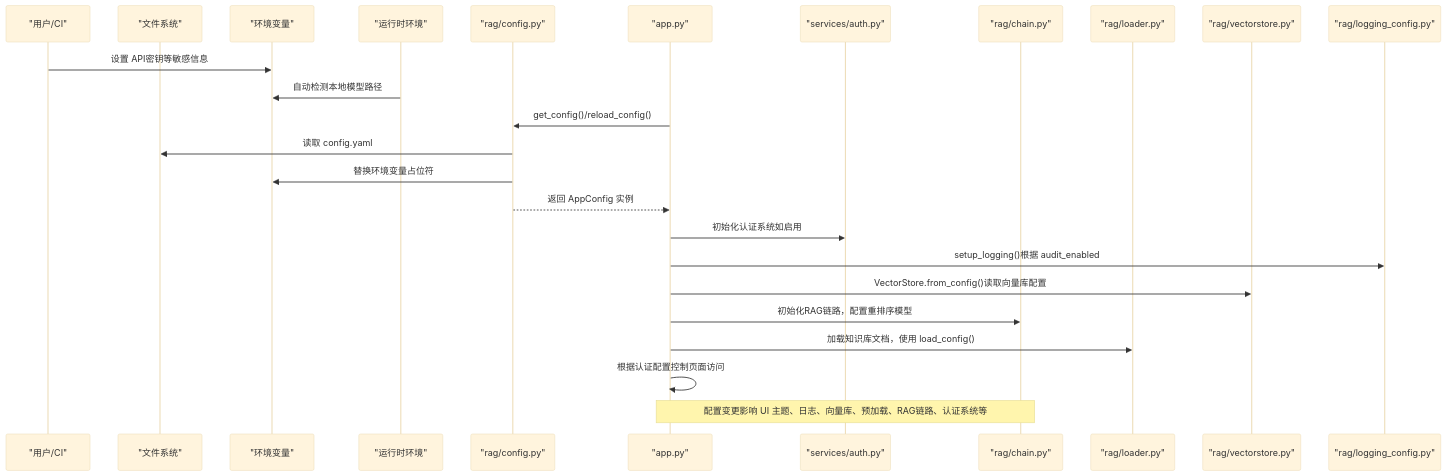
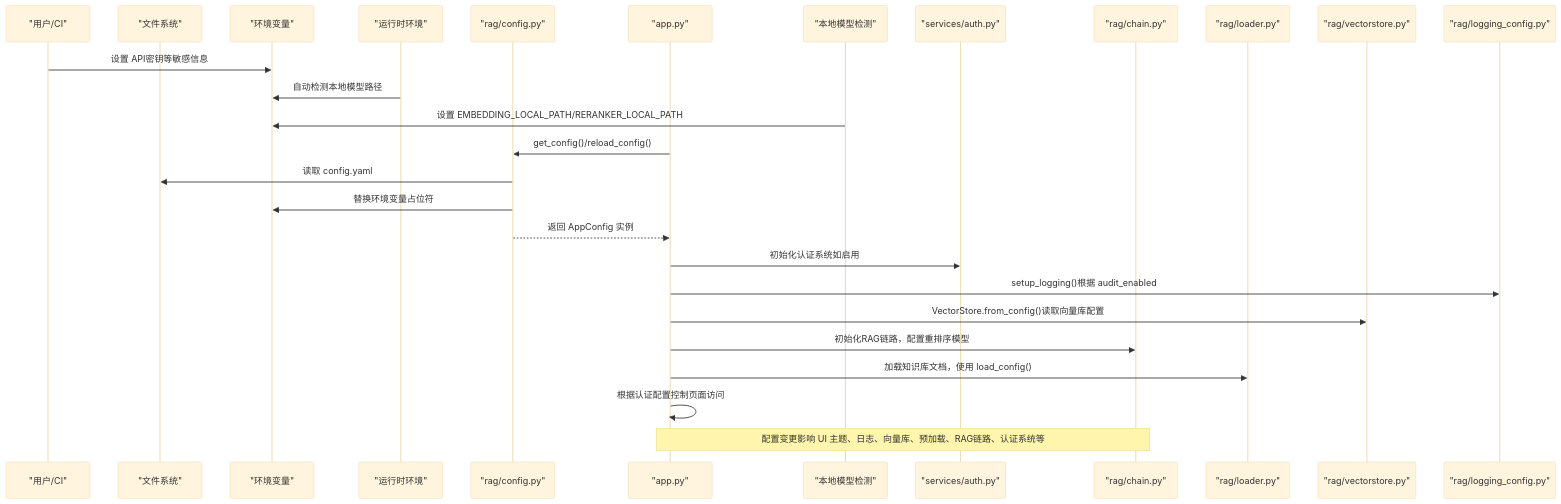
Before and after one commit to joyafa/knowledge: the second of 8 diagrams in .qoder/repowiki/zh/content/RAG核心引擎/配置管理系统.md, drawn with Mermaid (base theme). The commit also changed other lines of this file and 18 other files, not shown here.

````diff
--- a/.qoder/repowiki/zh/content/RAG核心引擎/配置管理系统.md
+++ b/.qoder/repowiki/zh/content/RAG核心引擎/配置管理系统.md
@@ -138,27 +155,29 @@
 ```mermaid
 sequenceDiagram
 participant User as "用户/CI"
 participant FS as "文件系统"
 participant ENV as "环境变量"
 participant RUNTIME as "运行时环境"
 participant CFG as "rag/config.py"
 participant APP as "app.py"
+participant DETECT as "本地模型检测"
 participant AUTH as "services/auth.py"
 participant CHAIN as "rag/chain.py"
 participant LOADER as "rag/loader.py"
 participant VS as "rag/vectorstore.py"
 participant LOG as "rag/logging_config.py"
 User->>ENV : 设置 API密钥等敏感信息
 RUNTIME->>ENV : 自动检测本地模型路径
+DETECT->>ENV : 设置 EMBEDDING_LOCAL_PATH/RERANKER_LOCAL_PATH
 APP->>CFG : get_config()/reload_config()
 CFG->>FS : 读取 config.yaml
 CFG->>ENV : 替换环境变量占位符
 CFG-->>APP : 返回 AppConfig 实例
 APP->>AUTH : 初始化认证系统如启用
 APP->>LOG : setup_logging()根据 audit_enabled
 APP->>VS : VectorStore.from_config()读取向量库配置
 APP->>CHAIN : 初始化RAG链路，配置重排序模型
 APP->>LOADER : 加载知识库文档，使用 load_config()
 APP->>APP : 根据认证配置控制页面访问
 Note over APP,CHAIN : 配置变更影响 UI 主题、日志、向量库、预加载、RAG链路、认证系统等
 ```
````
